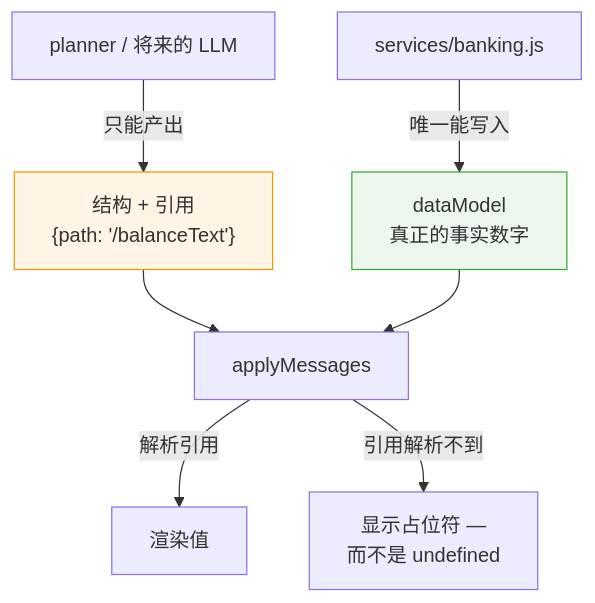
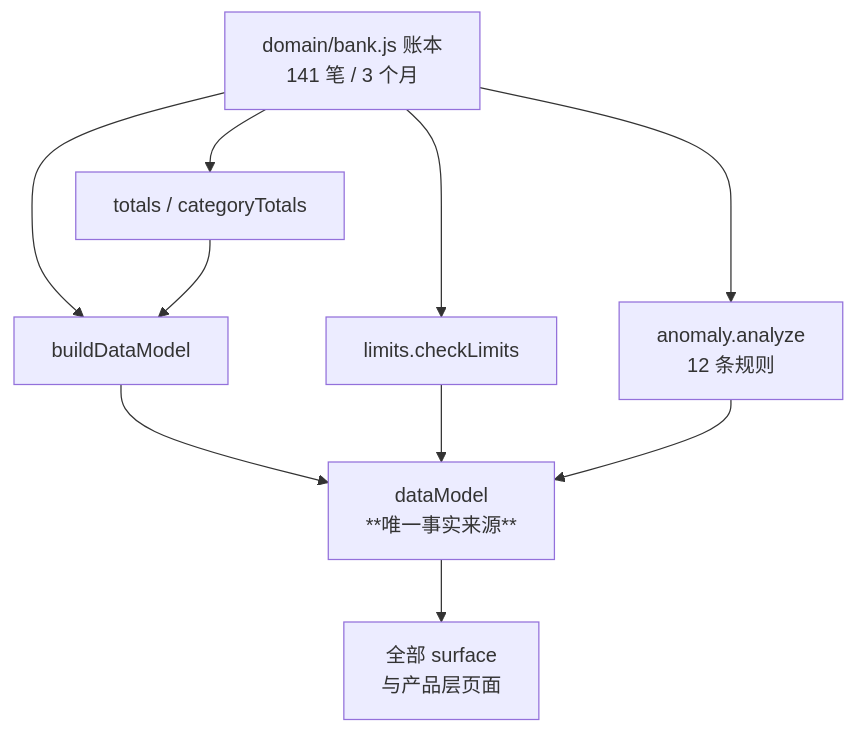
One commit to weiqing010305-art/bk-agent changed diagram 11 of 33 in doc/ARCHITECTURE.md. Above: the diagram before and after it, drawn with Mermaid. The commit also changed other lines of this file and 5 other files, not shown here.

First line of the commit message:
docs: 架构文档全文重写 —— 33 张 Mermaid 渲染图，全部经真实解析器验证

````diff
--- a/doc/ARCHITECTURE.md
+++ b/doc/ARCHITECTURE.md
@@ -149,12 +373,12 @@
 ```mermaid
-flowchart TD
-    Q["planner / 将来的 LLM"] -->|"只能产出"| REF["结构 + 引用<br/>{path: '/balanceText'}"]
-    SVC["services/banking.js"] -->|"唯一能写入"| DM["dataModel<br/>真正的事实数字"]
-    REF --> AP["applyMessages"]
-    DM --> AP
-    AP -->|"解析引用"| OUT["渲染值"]
-    AP -->|"引用解析不到"| NA["显示占位符 —<br/>而不是 undefined"]
-
-    style REF fill:#fff4e6,stroke:#e90
-    style DM fill:#eef7ee,stroke:#3a3
+flowchart TB
+    S["domain/bank.js 账本<br/>141 笔 / 3 个月"] --> BM["buildDataModel"]
+    S --> T["totals / categoryTotals"]
+    S --> L["limits.checkLimits"]
+    S --> AN["anomaly.analyze<br/>12 条规则"]
+    BM --> DM["dataModel<br/>**唯一事实来源**"]
+    T --> BM
+    L --> DM
+    AN --> DM
+    DM --> X["全部 surface<br/>与产品层页面"]
 ```
````
